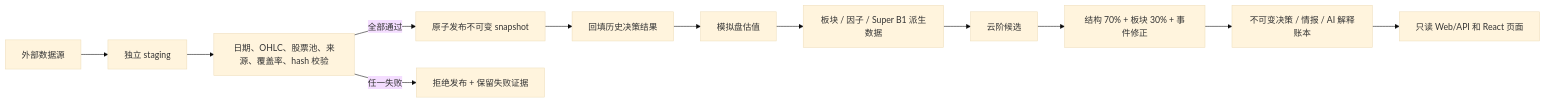
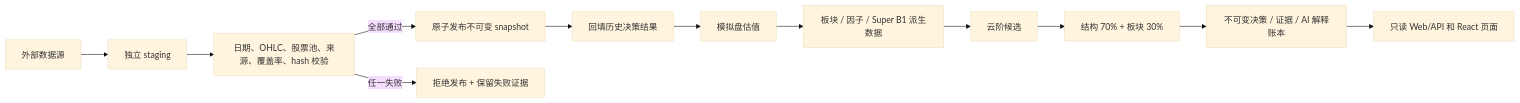
Before and after one commit to garyzheng0714-lang/a-share-quant-selector: the diagram in docs/data-pipeline.md, drawn with Mermaid (base theme). The commit also changed other lines of this file and 13 other files, not shown here.

````diff
--- a/docs/data-pipeline.md
+++ b/docs/data-pipeline.md
@@ -36,14 +35,14 @@
 ```mermaid
 flowchart LR
     A["外部数据源"] --> B["独立 staging"]
     B --> C["日期、OHLC、股票池、来源、覆盖率、hash 校验"]
     C -->|"全部通过"| D["原子发布不可变 snapshot"]
     C -->|"任一失败"| E["拒绝发布 + 保留失败证据"]
     D --> F["回填历史决策结果"]
     F --> G["模拟盘估值"]
     G --> H["板块 / 因子 / Super B1 派生数据"]
     H --> I["云阶候选"]
-    I --> K["结构 70% + 板块 30% + 事件修正"]
-    K --> L["不可变决策 / 情报 / AI 解释账本"]
+    I --> K["结构 70% + 板块 30%"]
+    K --> L["不可变决策 / 证据 / AI 解释账本"]
     L --> J["只读 Web/API 和 React 页面"]
 ```
````
